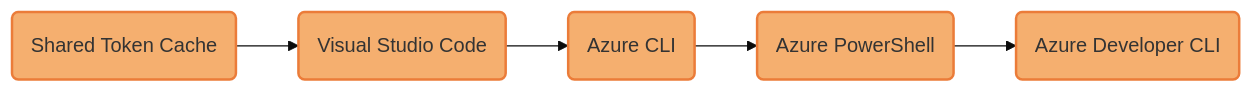
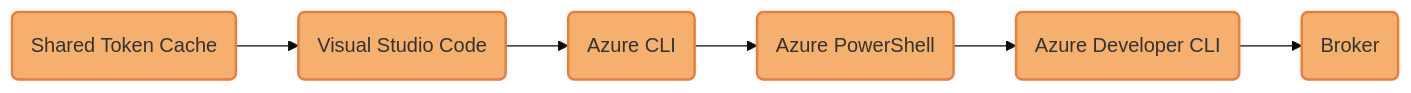
Before and after one commit to MicrosoftDocs/azure-dev-docs: the diagram in articles/python/sdk/mermaidjs/default-azure-credential-environment-variable-development.md, drawn with Mermaid. The commit also changed 2 other files, not shown here.

Commit message:
Update Python cred chains doc to reflect product truth

````diff
--- a/articles/python/sdk/mermaidjs/default-azure-credential-environment-variable-development.md
+++ b/articles/python/sdk/mermaidjs/default-azure-credential-environment-variable-development.md
@@ -1,30 +1,31 @@
 ```mermaid
 %% STEPS TO GENERATE IMAGE
 %% =======================
 %% 1. Install mermaid CLI v10.9.1 (see https://github.com/mermaid-js/mermaid-cli/blob/master/README.md):
 %%    npm i -g @mermaid-js/mermaid-cli@10.9.1
 %% 2. Run command: mmdc -i default-azure-credential-environment-variable-development.md -o ../../media/mermaidjs/default-azure-credential-environment-variable-development.svg
 
 %%{
   init: {
     'theme': 'base',
     'themeVariables': {
       'tertiaryBorderColor': '#fff',
       'tertiaryColor': '#fff'
     }
   }
 }%%
 
 flowchart LR;
     accTitle: DefaultAzureCredential authentication flow;
     accDescr: Flowchart showing the credential chain implemented by DefaultAzureCredential when AZURE_TOKEN_CREDENTIALS is set to "dev";
 
     D(Shared Token Cache):::developer -->
     E(Visual Studio Code):::developer -->
     F(Azure CLI):::developer -->
     G(Azure PowerShell):::developer -->
-    H(Azure Developer CLI):::developer;
+    H(Azure Developer CLI):::developer -->
+    J(Broker):::developer;
 
     %% Define styles for credential type boxes
     classDef developer fill:#F5AF6F, stroke:#EB7C39, stroke-width:2px;
 ```
````
